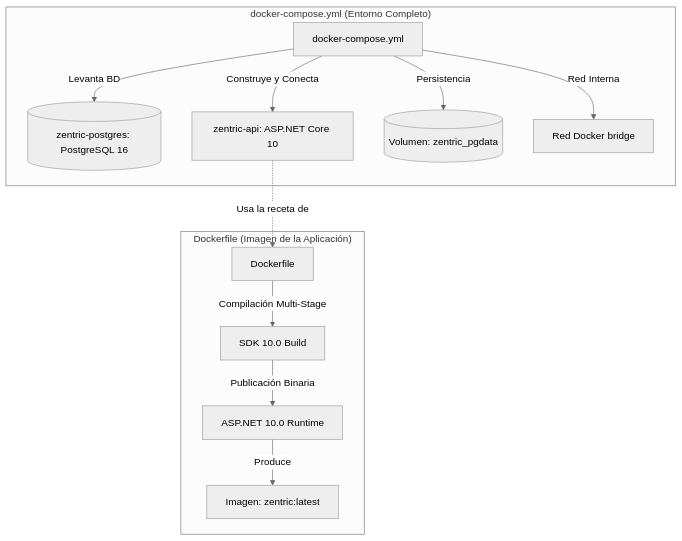
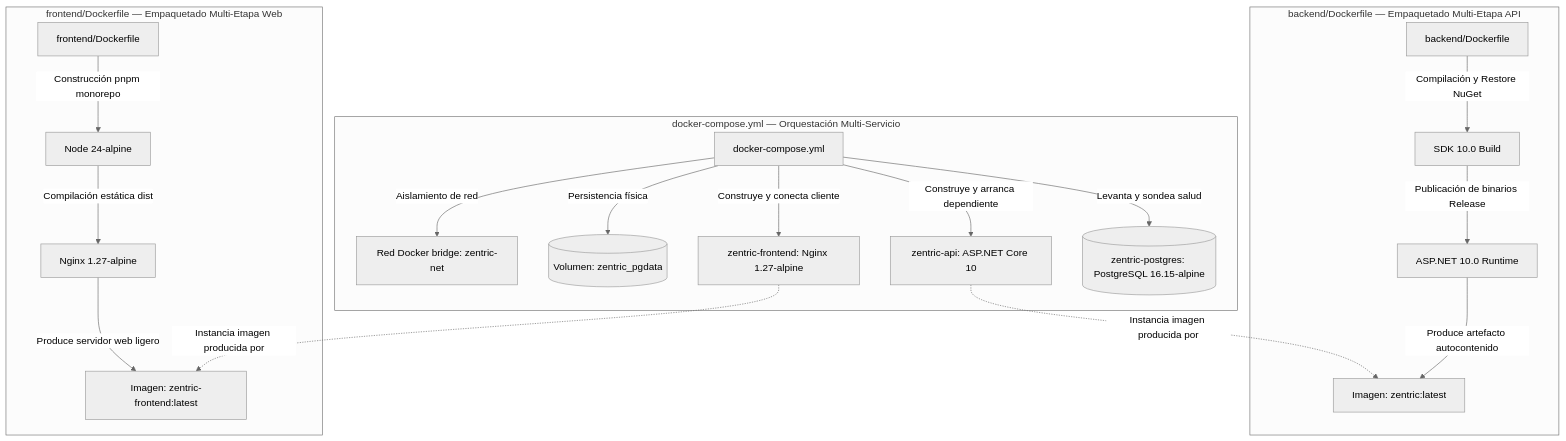
The diagram in backendSDD/Infrastructure/02-containerization-and-deployment.md (D-MachadoDev/Zentric), drawn with Mermaid (neutral theme) before and after one commit. The commit also changed other lines of this file, not shown here.

````diff
--- a/backendSDD/Infrastructure/02-containerization-and-deployment.md
+++ b/backendSDD/Infrastructure/02-containerization-and-deployment.md
@@ -11,18 +11,26 @@
 ```mermaid
 graph TD
-    subgraph Orquestación ["docker-compose.yml (Entorno Completo)"]
+    subgraph Orquestacion ["docker-compose.yml — Orquestación Multi-Servicio"]
         compose[docker-compose.yml]
-        compose -->|Levanta BD| pg[(zentric-postgres: PostgreSQL 16)]
-        compose -->|Construye y Conecta| api[zentric-api: ASP.NET Core 10]
-        compose -->|Persistencia| vol[(Volumen: zentric_pgdata)]
-        compose -->|Red Interna| net[Red Docker bridge]
+        compose -->|Levanta y sondea salud| db[(zentric-postgres: PostgreSQL 16.15-alpine)]
+        compose -->|Construye y arranca dependiente| api[zentric-api: ASP.NET Core 10]
+        compose -->|Construye y conecta cliente| front[zentric-frontend: Nginx 1.27-alpine]
+        compose -->|Persistencia física| vol[(Volumen: zentric_pgdata)]
+        compose -->|Aislamiento de red| net[Red Docker bridge: zentric-net]
     end
 
-    subgraph Empaquetado ["Dockerfile (Imagen de la Aplicación)"]
-        dockerfile[Dockerfile] -->|Compilación Multi-Stage| build[SDK 10.0 Build]
-        build -->|Publicación Binaria| runtime[ASP.NET 10.0 Runtime]
-        runtime -->|Produce| img[Imagen: zentric:latest]
+    subgraph EmpaquetadoBackend ["backend/Dockerfile — Empaquetado Multi-Etapa API"]
+        df_api[backend/Dockerfile] -->|Compilación y Restore NuGet| sdk[SDK 10.0 Build]
+        sdk -->|Publicación de binarios Release| runtime[ASP.NET 10.0 Runtime]
+        runtime -->|Produce artefacto autocontenido| img_api[Imagen: zentric:latest]
     end
 
-    api -.->|Usa la receta de| dockerfile
+    subgraph EmpaquetadoFrontend ["frontend/Dockerfile — Empaquetado Multi-Etapa Web"]
+        df_front[frontend/Dockerfile] -->|Construcción pnpm monorepo| node[Node 24-alpine]
+        node -->|Compilación estática dist| nginx[Nginx 1.27-alpine]
+        nginx -->|Produce servidor web ligero| img_front[Imagen: zentric-frontend:latest]
+    end
+
+    api -.->|Instancia imagen producida por| img_api
+    front -.->|Instancia imagen producida por| img_front
 ```
````
